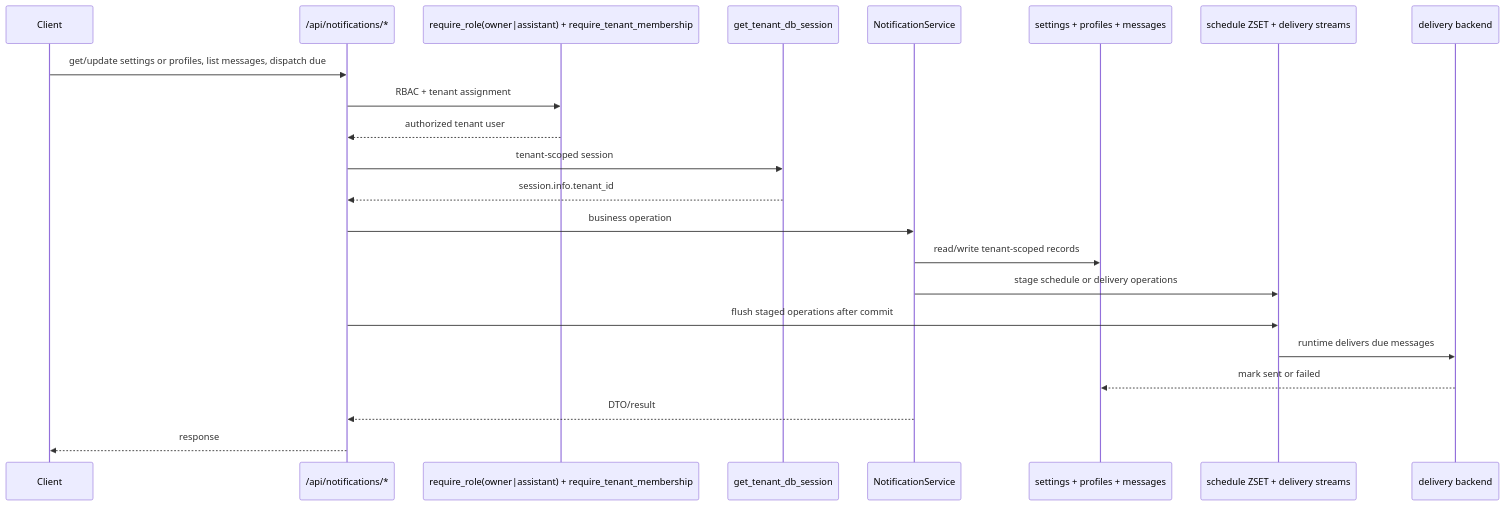
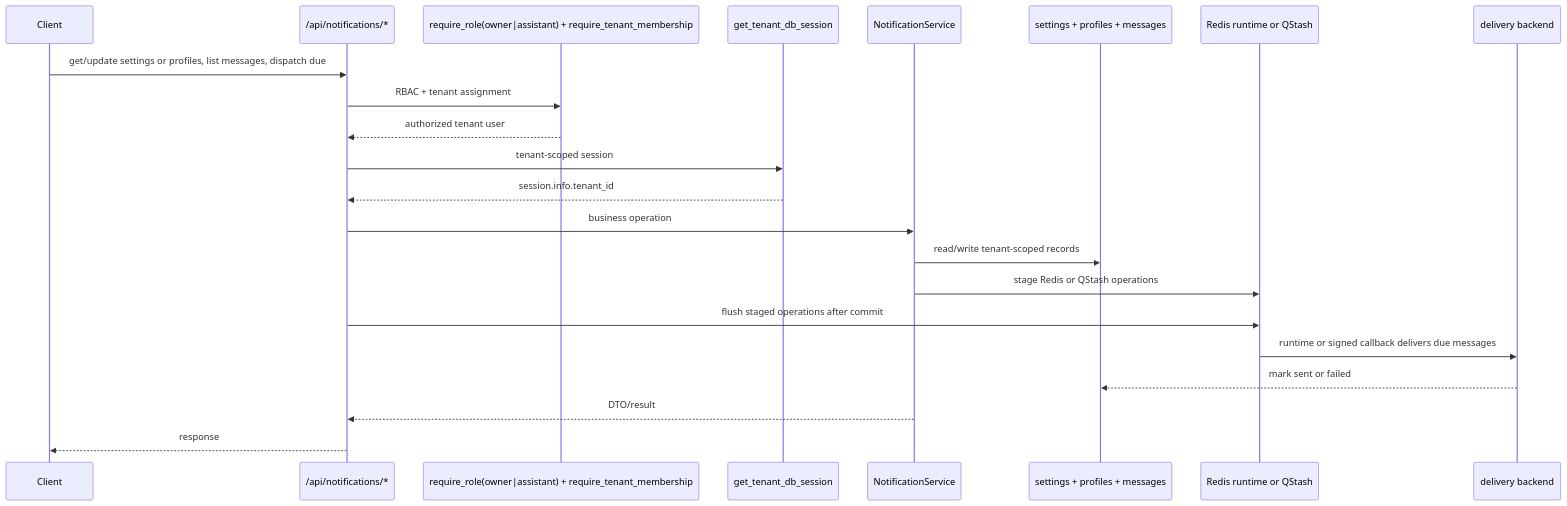
Before and after one commit to adriangpo/mindflow-api: the first of 2 diagrams in docs/features/notification.md, drawn with Mermaid. The commit also changed other lines of this file and 30 other files, not shown here.

````diff
--- a/docs/features/notification.md
+++ b/docs/features/notification.md
@@ -36,25 +38,25 @@
 ```mermaid
 sequenceDiagram
     participant Client
     participant Router as /api/notifications/*
     participant Guard as require_role(owner|assistant) + require_tenant_membership
     participant TenantDB as get_tenant_db_session
     participant Service as NotificationService
     participant DB as settings + profiles + messages
-    participant Redis as schedule ZSET + delivery streams
+    participant Dispatcher as Redis runtime or QStash
     participant Backend as delivery backend
 
     Client->>Router: get/update settings or profiles, list messages, dispatch due
     Router->>Guard: RBAC + tenant assignment
     Guard-->>Router: authorized tenant user
     Router->>TenantDB: tenant-scoped session
     TenantDB-->>Router: session.info.tenant_id
     Router->>Service: business operation
     Service->>DB: read/write tenant-scoped records
-    Service->>Redis: stage schedule or delivery operations
-    Router->>Redis: flush staged operations after commit
-    Redis->>Backend: runtime delivers due messages
+    Service->>Dispatcher: stage Redis or QStash operations
+    Router->>Dispatcher: flush staged operations after commit
+    Dispatcher->>Backend: runtime or signed callback delivers due messages
     Backend-->>DB: mark sent or failed
     Service-->>Router: DTO/result
     Router-->>Client: response
 ```
````
